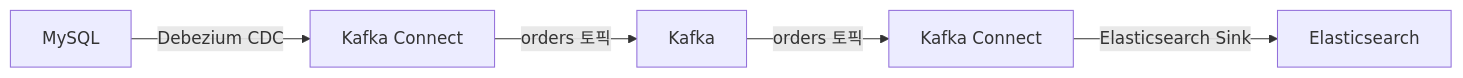
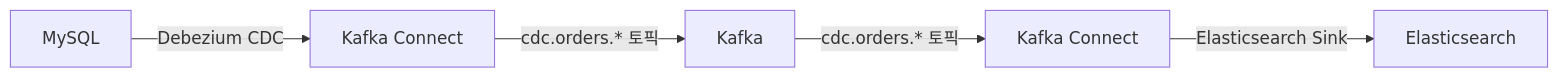
The second of 4 diagrams in content/ko/kafka/concepts/ecosystem.md (advanced-beginner/advanced-beginner.github.io), drawn with Mermaid before and after one commit. The commit also changed other lines of this file and 1 other file, not shown here.

````diff
--- a/content/ko/kafka/concepts/ecosystem.md
+++ b/content/ko/kafka/concepts/ecosystem.md
@@ -63,7 +199,7 @@
 ```mermaid
 graph LR
     A[MySQL] --"Debezium CDC"--> B[Kafka Connect]
-    B --"orders 토픽"--> C[Kafka]
-    C --"orders 토픽"--> D[Kafka Connect]
+    B --"cdc.orders.* 토픽"--> C[Kafka]
+    C --"cdc.orders.* 토픽"--> D[Kafka Connect]
     D --"Elasticsearch Sink"--> E[Elasticsearch]
 ```
````
